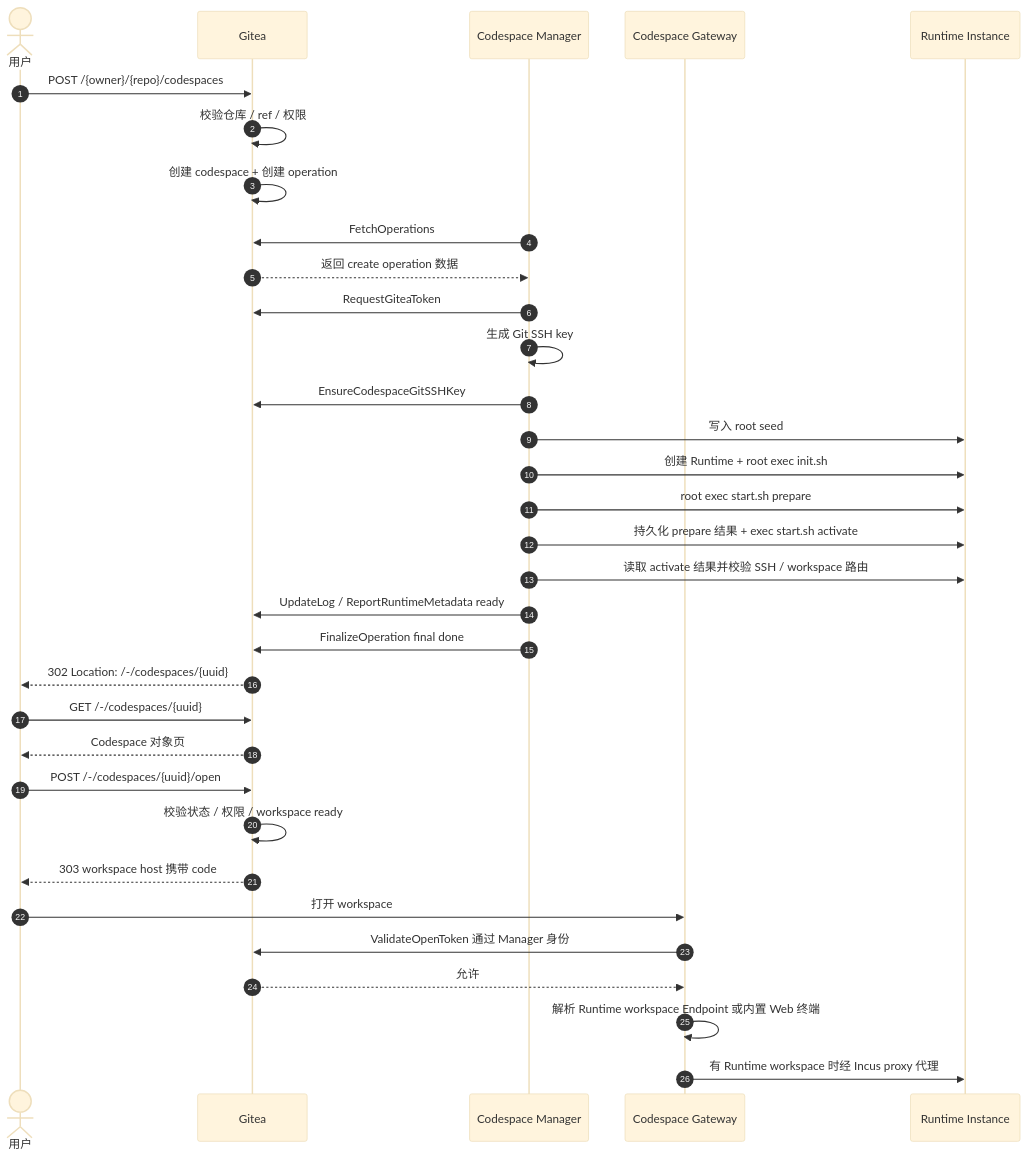
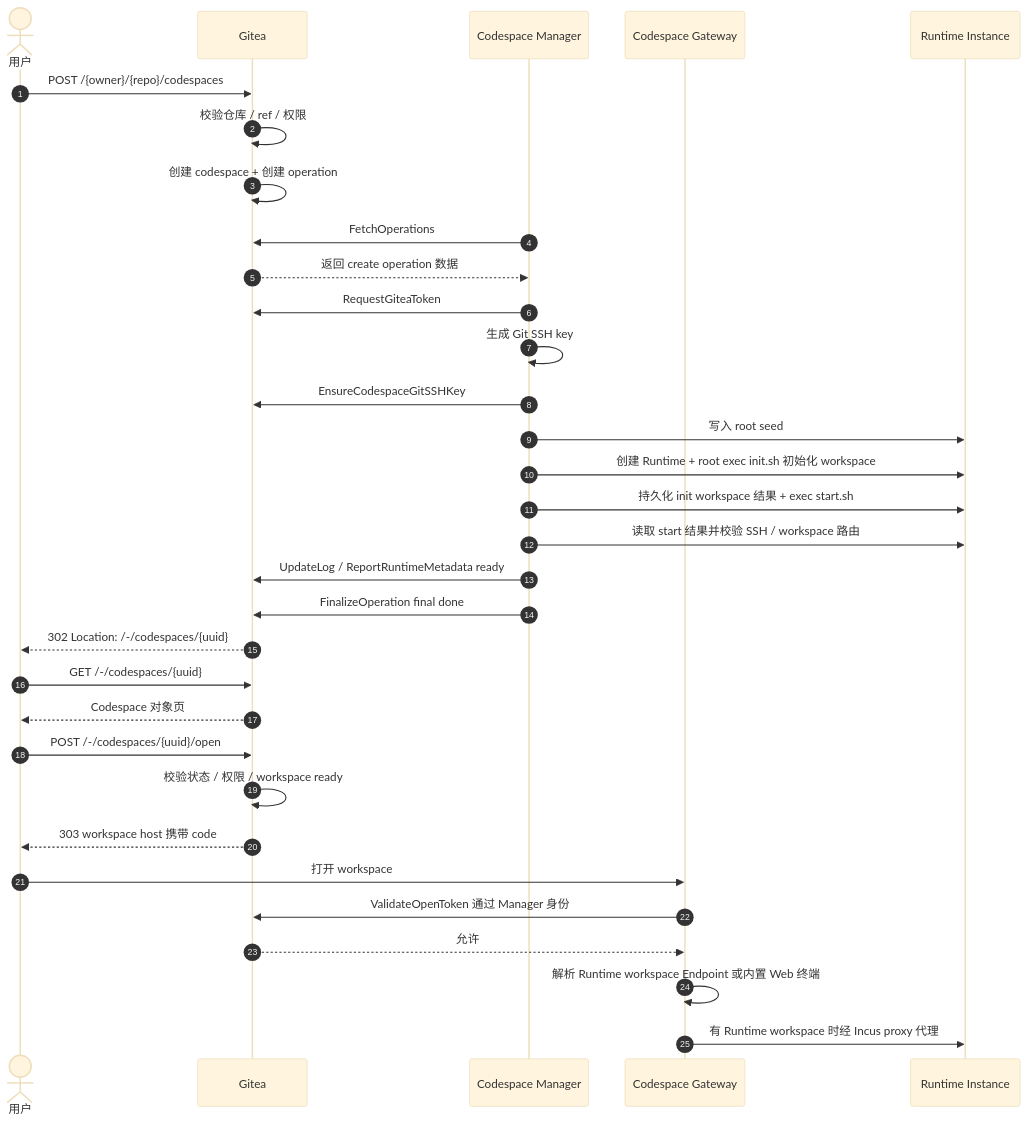
Before and after one commit to ExplodingDragon/gitea-dev: the second of 2 diagrams in src/README.md, drawn with Mermaid (base theme). The commit also changed other lines of this file and 9 other files, not shown here.

````diff
--- a/src/README.md
+++ b/src/README.md
@@ -90,37 +90,36 @@
 ```mermaid
 sequenceDiagram
     autonumber
     actor User as 用户
     participant Gitea
     participant Manager as Codespace Manager
     participant Gateway as Codespace Gateway
     participant Runtime as Runtime Instance
 
     User->>Gitea: POST /{owner}/{repo}/codespaces
     Gitea->>Gitea: 校验仓库 / ref / 权限
     Gitea->>Gitea: 创建 codespace + 创建 operation
     Manager->>Gitea: FetchOperations
     Gitea-->>Manager: 返回 create operation 数据
     Manager->>Gitea: RequestGiteaToken
     Manager->>Manager: 生成 Git SSH key
     Manager->>Gitea: EnsureCodespaceGitSSHKey
     Manager->>Runtime: 写入 root seed
-    Manager->>Runtime: 创建 Runtime + root exec init.sh
-    Manager->>Runtime: root exec start.sh prepare
-    Manager->>Runtime: 持久化 prepare 结果 + exec start.sh activate
-    Manager->>Runtime: 读取 activate 结果并校验 SSH / workspace 路由
+    Manager->>Runtime: 创建 Runtime + root exec init.sh 初始化 workspace
+    Manager->>Runtime: 持久化 init workspace 结果 + exec start.sh
+    Manager->>Runtime: 读取 start 结果并校验 SSH / workspace 路由
     Manager->>Gitea: UpdateLog / ReportRuntimeMetadata ready
     Manager->>Gitea: FinalizeOperation final done
     Gitea-->>User: 302 Location: /-/codespaces/{uuid}
     User->>Gitea: GET /-/codespaces/{uuid}
     Gitea-->>User: Codespace 对象页
 
     User->>Gitea: POST /-/codespaces/{uuid}/open
     Gitea->>Gitea: 校验状态 / 权限 / workspace ready
     Gitea-->>User: 303 workspace host 携带 code
     User->>Gateway: 打开 workspace
     Gateway->>Gitea: ValidateOpenToken 通过 Manager 身份
     Gitea-->>Gateway: 允许
     Gateway->>Gateway: 解析 Runtime workspace Endpoint 或内置 Web 终端
     Gateway->>Runtime: 有 Runtime workspace 时经 Incus proxy 代理
 ```
````
